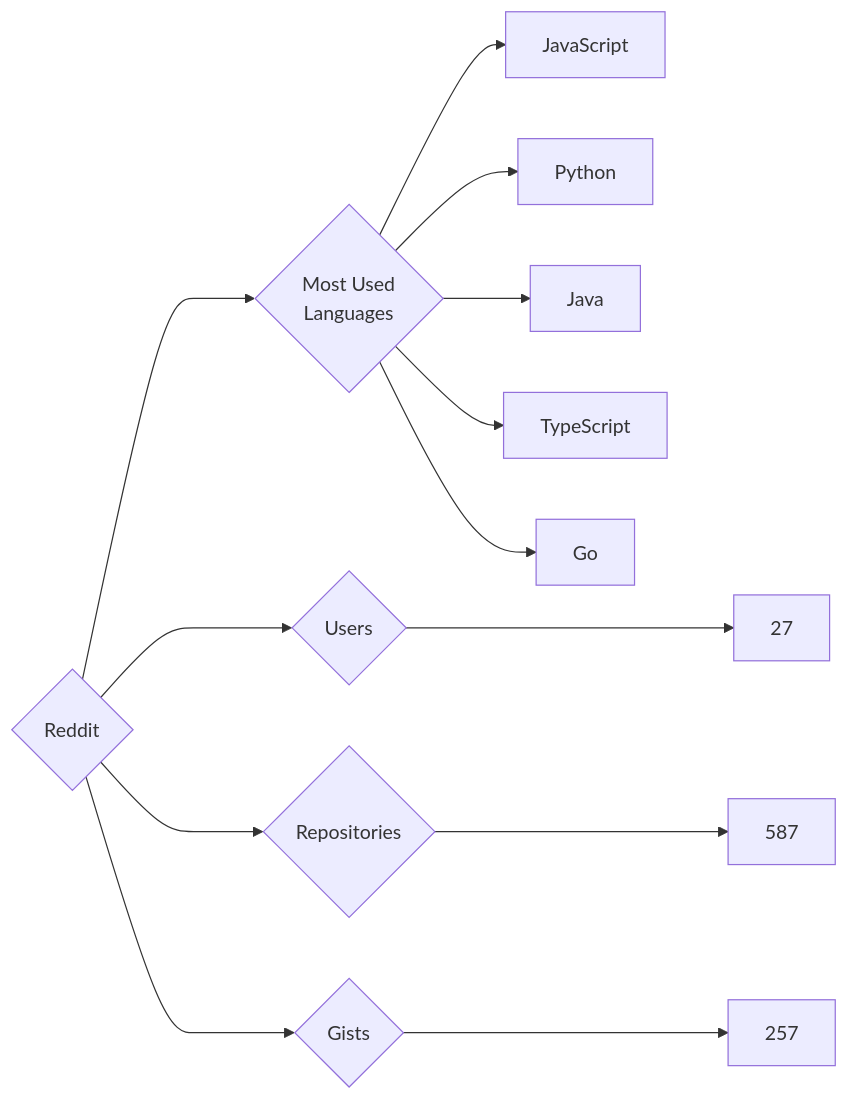
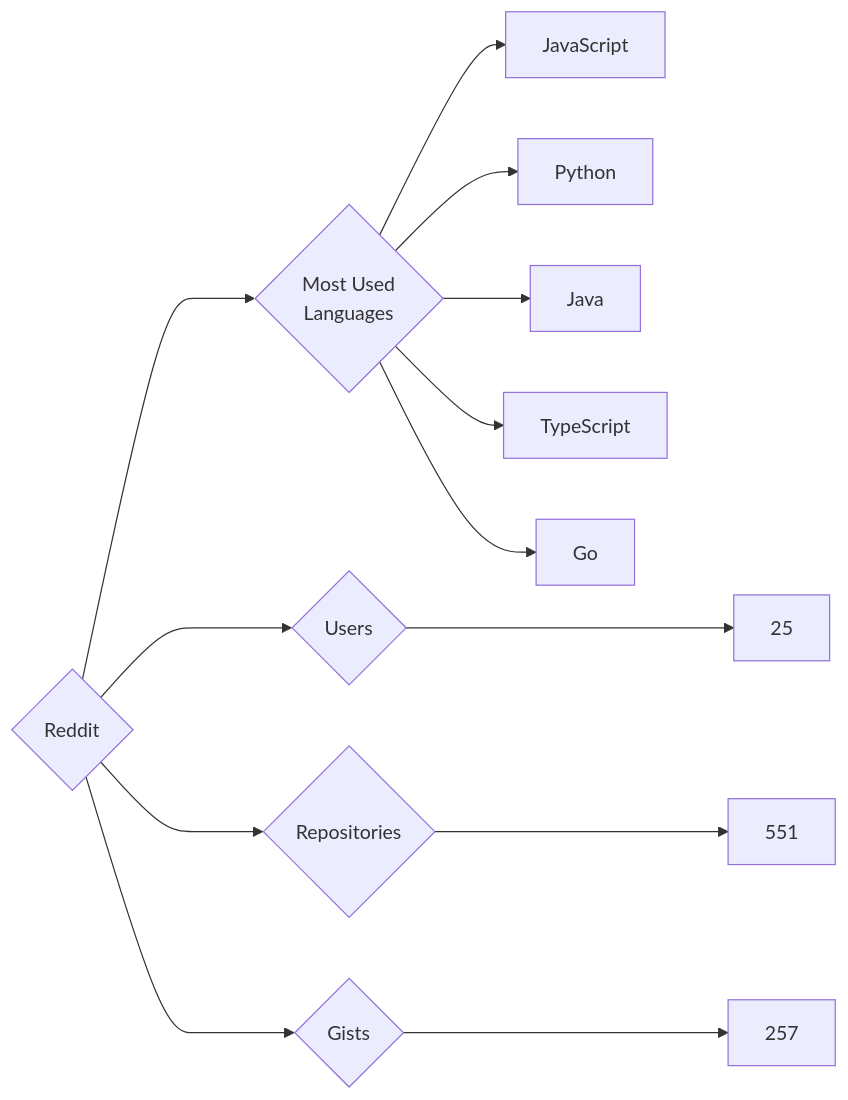
One commit to trickest/insiders changed the diagram in targets/Reddit/README.md. Above: the diagram before and after it, drawn with Mermaid. The commit also changed 895 other files, not shown here.

````diff
--- a/targets/Reddit/README.md
+++ b/targets/Reddit/README.md
@@ -3,13 +3,13 @@
 ```mermaid
 graph LR
 COMPANY_NAME{Reddit}
-COMPANY_NAME ---> U{Users} ---> UN[27]
-COMPANY_NAME ---> R{Repositories} ---> RN[587]
+COMPANY_NAME ---> U{Users} ---> UN[25]
+COMPANY_NAME ---> R{Repositories} ---> RN[551]
 COMPANY_NAME ---> G{Gists} ---> GN[257]
 COMPANY_NAME ---> ML{Most Used<br>Languages}
 ML --> JavaScript[JavaScript]
 ML --> Python[Python]
 ML --> Java[Java]
 ML --> TypeScript[TypeScript]
 ML --> Go[Go]
 ```
````
